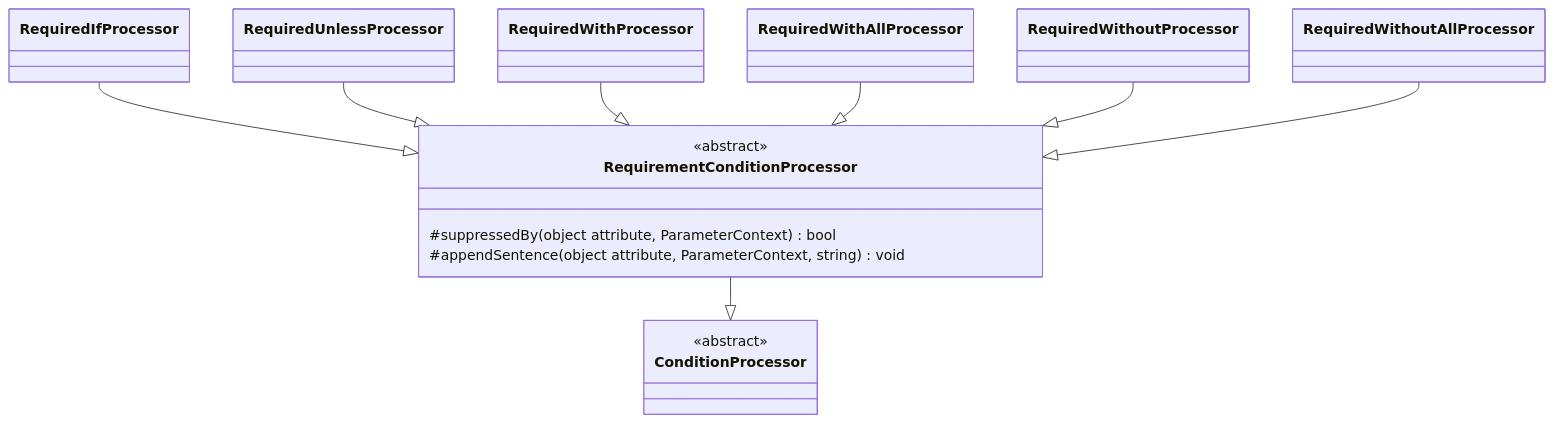
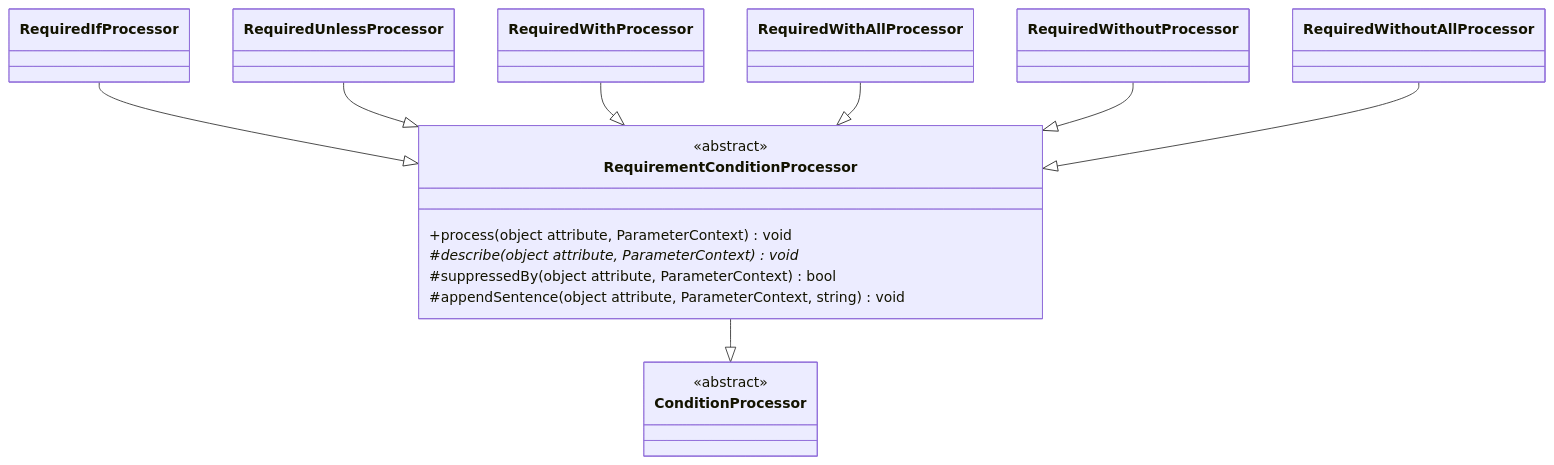
The diagram in spdd/prompt/STORY-001-001-202609251859-[Canvas]-family-conditional-requirement.md (abrhadev/laravel-data-docs), drawn with Mermaid before and after one commit. The commit also changed other lines of this file and 151 other files, not shown here.

````diff
--- a/spdd/prompt/STORY-001-001-202609251859-[Canvas]-family-conditional-requirement.md
+++ b/spdd/prompt/STORY-001-001-202609251859-[Canvas]-family-conditional-requirement.md
@@ -17,18 +17,20 @@
 ```mermaid
 classDiagram
     class ConditionProcessor {
         <<abstract>>
     }
     class RequirementConditionProcessor {
         <<abstract>>
+        +process(object attribute, ParameterContext) void
+        #describe(object attribute, ParameterContext)* void
         #suppressedBy(object attribute, ParameterContext) bool
         #appendSentence(object attribute, ParameterContext, string) void
     }
     RequirementConditionProcessor --|> ConditionProcessor
     RequiredIfProcessor --|> RequirementConditionProcessor
     RequiredUnlessProcessor --|> RequirementConditionProcessor
     RequiredWithProcessor --|> RequirementConditionProcessor
     RequiredWithAllProcessor --|> RequirementConditionProcessor
     RequiredWithoutProcessor --|> RequirementConditionProcessor
     RequiredWithoutAllProcessor --|> RequirementConditionProcessor
 ```
````
